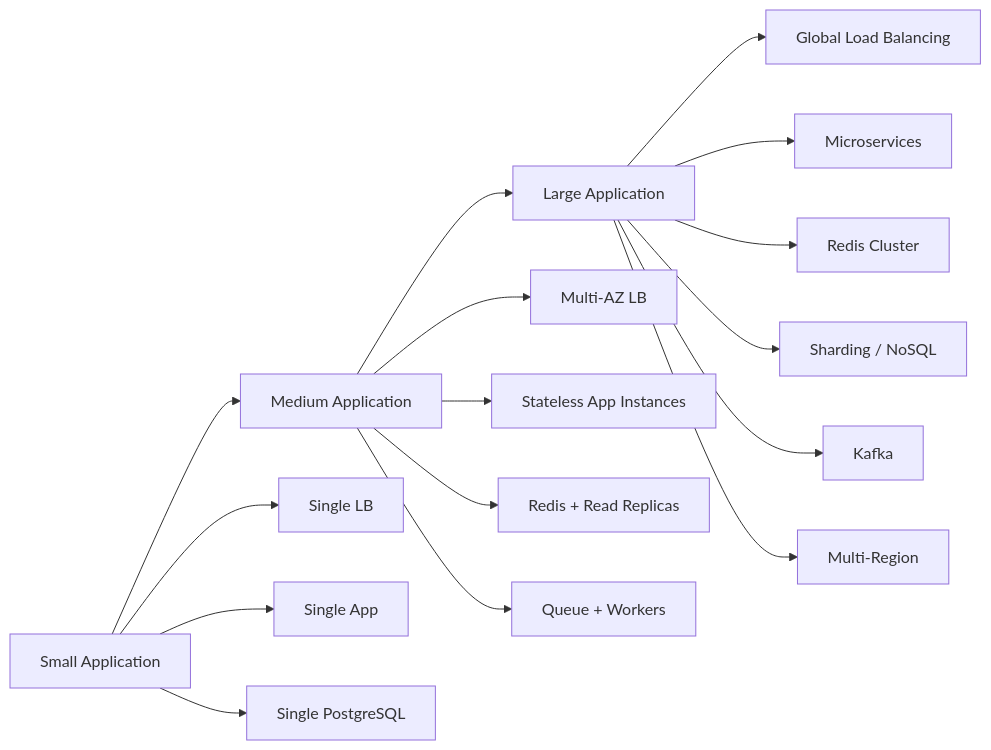
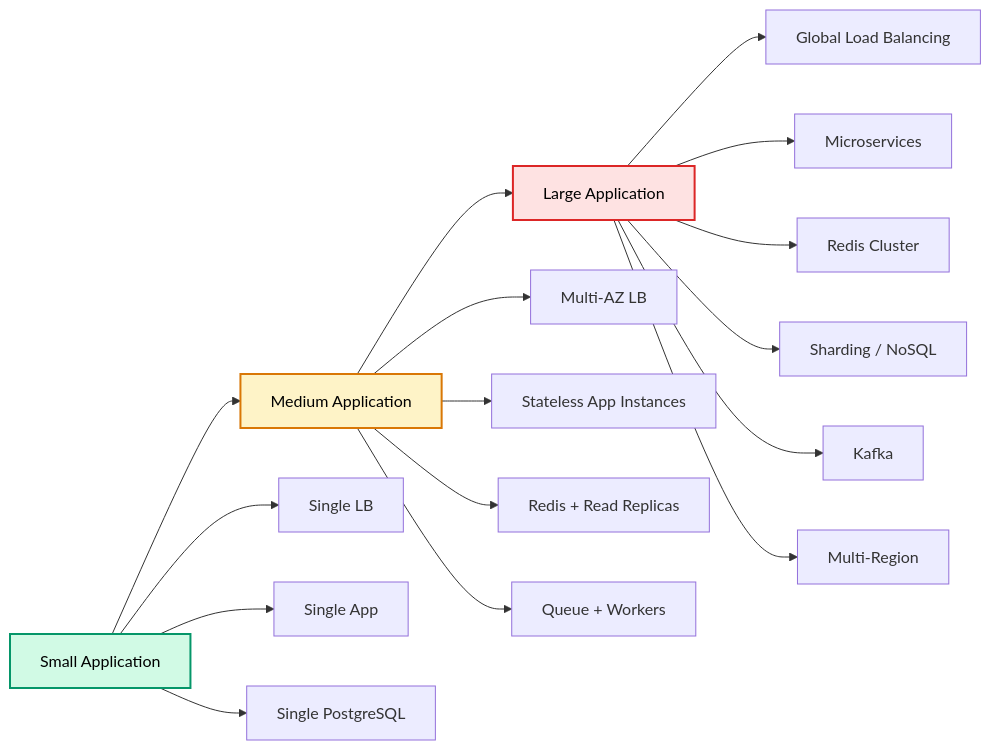
Before and after one commit to lekhrajdinkar/solution-engineer: the second of 5 diagrams in docs/2022-2025/SE_02_system-design/SD_02_Non-functional-req/02_NFR_03_Scaling.md, drawn with Mermaid. The commit also changed other lines of this file and 3 other files, not shown here.

````diff
--- a/docs/2022-2025/SE_02_system-design/SD_02_Non-functional-req/02_NFR_03_Scaling.md
+++ b/docs/2022-2025/SE_02_system-design/SD_02_Non-functional-req/02_NFR_03_Scaling.md
@@ -61,21 +61,25 @@
 ```mermaid
 flowchart LR
     S[Small Application] --> M[Medium Application]
     M --> L[Large Application]
 
     S --> S1[Single LB]
     S --> S2[Single App]
     S --> S3[Single PostgreSQL]
 
     M --> M1[Multi-AZ LB]
     M --> M2[Stateless App Instances]
     M --> M3[Redis + Read Replicas]
     M --> M4[Queue + Workers]
 
     L --> L1[Global Load Balancing]
     L --> L2[Microservices]
     L --> L3[Redis Cluster]
     L --> L4[Sharding / NoSQL]
     L --> L5[Kafka]
     L --> L6[Multi-Region]
+
+    style S fill:#D1FAE5,stroke:#059669,stroke-width:2px,color:#000
+    style M fill:#FEF3C7,stroke:#D97706,stroke-width:2px,color:#000
+    style L fill:#FEE2E2,stroke:#DC2626,stroke-width:2px,color:#000
 ```
````
